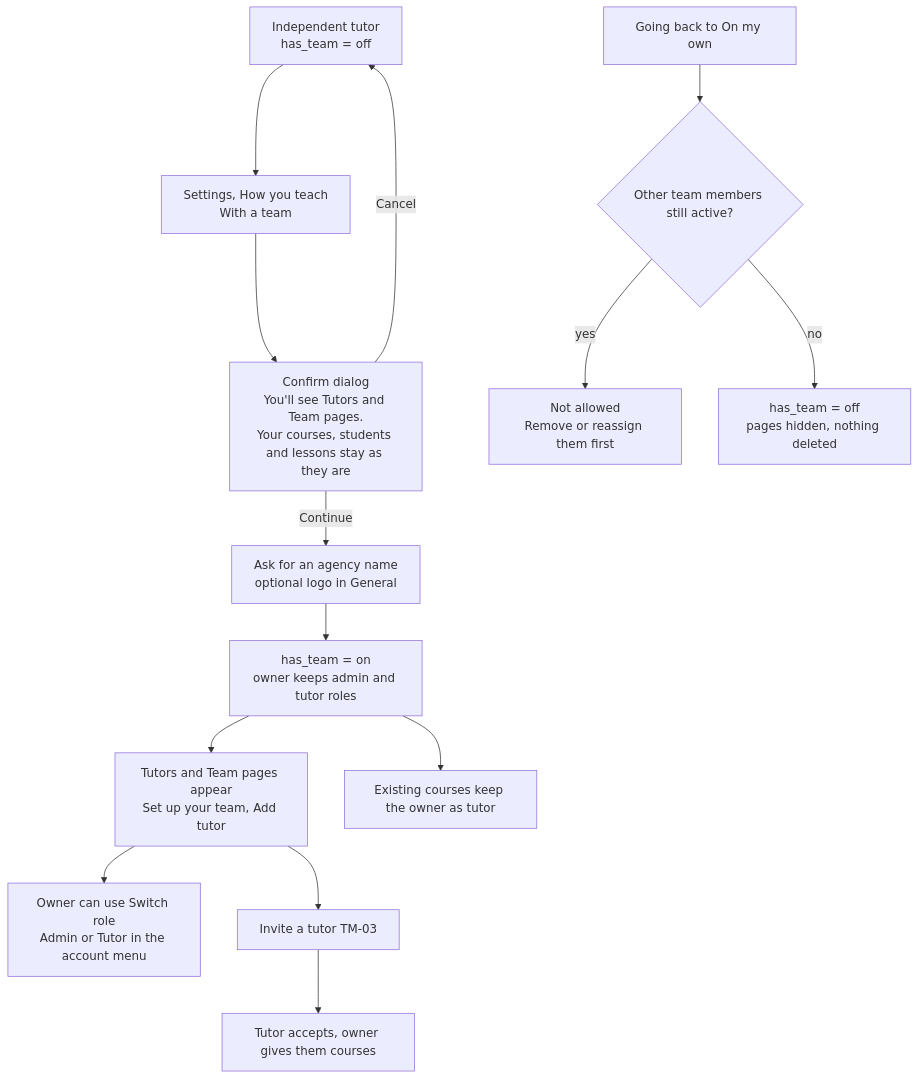
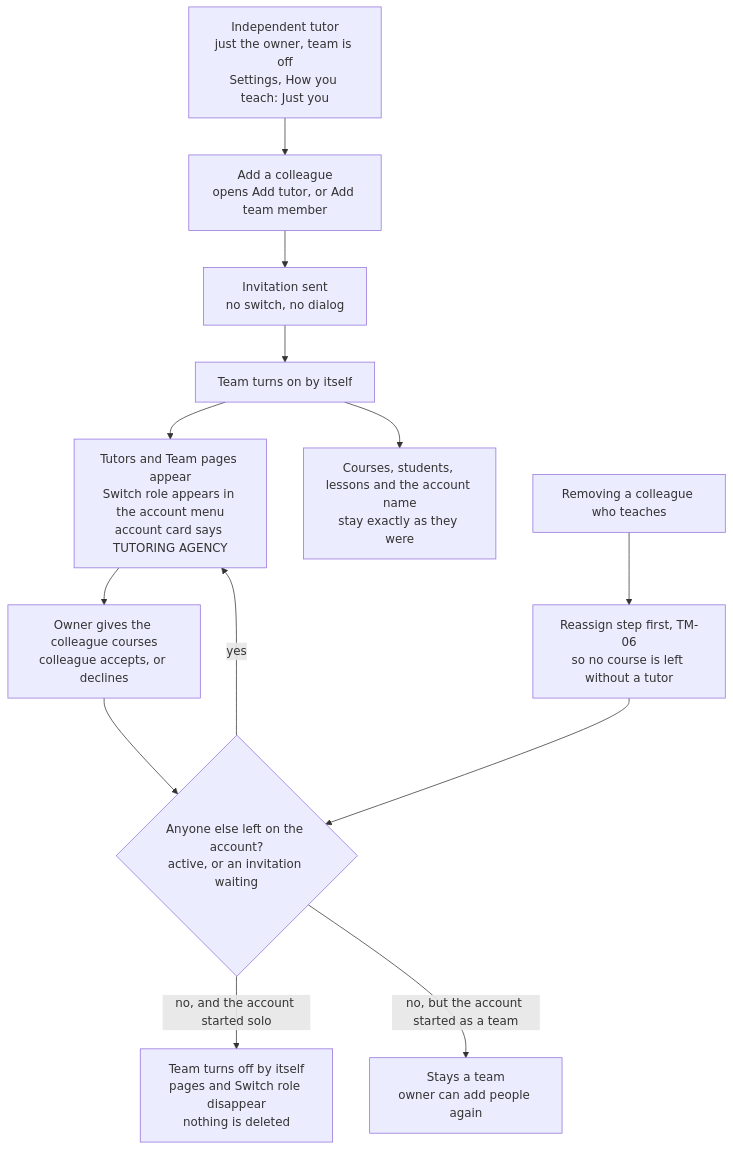
The diagram in docs/design/user-flows/diagrams/src/19-solo-to-team.mmd (KingUsang/Kanvise), drawn with Mermaid before and after one commit. The commit also changed 21 other files, not shown here.

Commit message:
docs(design): remove the solo-to-team switch (team follows the people), re-render diagrams, add diagram gallery and PDF

```diff
--- a/docs/design/user-flows/diagrams/src/19-solo-to-team.mmd
+++ b/docs/design/user-flows/diagrams/src/19-solo-to-team.mmd
@@ -1,14 +1,13 @@
 flowchart TD
-  A["Independent tutor<br/>has_team = off"] --> B["Settings, How you teach<br/>With a team"]
-  B --> C["Confirm dialog<br/>You'll see Tutors and Team pages.<br/>Your courses, students and lessons stay as they are"]
-  C -->|"Cancel"| A
-  C -->|"Continue"| D["Ask for an agency name<br/>optional logo in General"]
-  D --> E["has_team = on<br/>owner keeps admin and tutor roles"]
-  E --> F["Tutors and Team pages appear<br/>Set up your team, Add tutor"]
-  F --> G["Owner can use Switch role<br/>Admin or Tutor in the account menu"]
-  E --> H["Existing courses keep the owner as tutor"]
-  F --> I["Invite a tutor TM-03"]
-  I --> J["Tutor accepts, owner gives them courses"]
-  K["Going back to On my own"] --> L{"Other team members still active?"}
-  L -->|"yes"| M["Not allowed<br/>Remove or reassign them first"]
-  L -->|"no"| N["has_team = off<br/>pages hidden, nothing deleted"]
+  A["Independent tutor<br/>just the owner, team is off<br/>Settings, How you teach: Just you"] --> B["Add a colleague<br/>opens Add tutor, or Add team member"]
+  B --> C["Invitation sent<br/>no switch, no dialog"]
+  C --> D["Team turns on by itself"]
+  D --> E["Tutors and Team pages appear<br/>Switch role appears in the account menu<br/>account card says TUTORING AGENCY"]
+  D --> F["Courses, students, lessons and the account name<br/>stay exactly as they were"]
+  E --> G["Owner gives the colleague courses<br/>colleague accepts, or declines"]
+  G --> H{"Anyone else left on the account?<br/>active, or an invitation waiting"}
+  H -->|"yes"| E
+  H -->|"no, and the account started solo"| I["Team turns off by itself<br/>pages and Switch role disappear<br/>nothing is deleted"]
+  H -->|"no, but the account started as a team"| M["Stays a team<br/>owner can add people again"]
+  J["Removing a colleague who teaches"] --> K["Reassign step first, TM-06<br/>so no course is left without a tutor"]
+  K --> H
```
